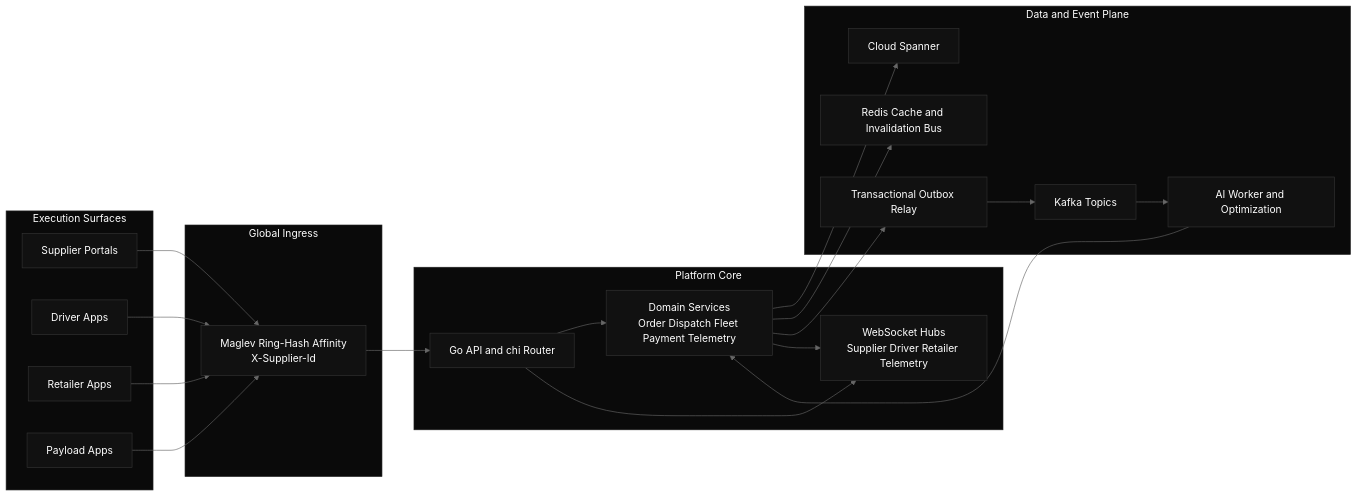
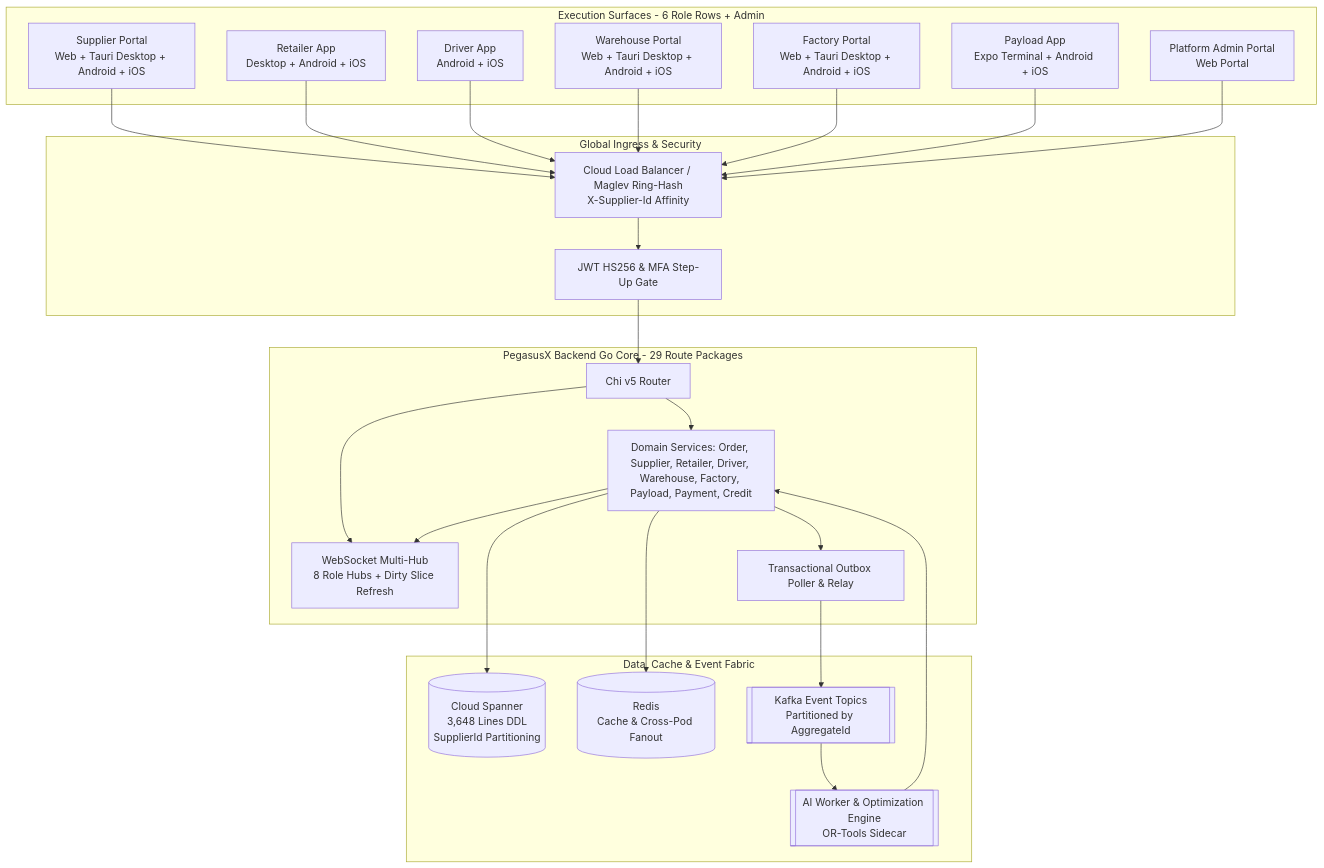
The first of 3 diagrams in README.md (CYBERSTALKER07/ATOMOS), drawn with Mermaid before and after one commit. The commit also changed other lines of this file and 463 other files, not shown here.

````diff
--- a/README.md
+++ b/README.md
@@ -79,44 +67,43 @@
 ```mermaid
-%%{init: {"theme":"base","themeVariables":{"darkMode":true,"background":"#000000","primaryColor":"#111111","primaryTextColor":"#FFFFFF","primaryBorderColor":"#333333","secondaryColor":"#111111","secondaryTextColor":"#FFFFFF","secondaryBorderColor":"#333333","tertiaryColor":"#111111","tertiaryTextColor":"#FFFFFF","tertiaryBorderColor":"#333333","lineColor":"#666666","textColor":"#FFFFFF","mainBkg":"#111111","nodeBorder":"#333333","clusterBkg":"#0A0A0A","clusterBorder":"#222222","titleColor":"#FFFFFF","edgeLabelBackground":"#111111","actorBkg":"#111111","actorBorder":"#333333","actorTextColor":"#FFFFFF","actorLineColor":"#666666","signalColor":"#666666","signalTextColor":"#FFFFFF","labelBoxBkgColor":"#111111","labelBoxBorderColor":"#333333","labelTextColor":"#FFFFFF","loopTextColor":"#FFFFFF","activationBkgColor":"#1A1A1A","activationBorderColor":"#333333","sequenceNumberColor":"#000000"},"themeCSS":".edgeLabel text,.label text,.stateLabel text,.messageText,.nodeLabel{fill:#FFFFFF !important;color:#FFFFFF !important;} rect,.actor,.note,.labelBox,.edgeLabel rect{stroke:#333333 !important;stroke-width:1px !important;rx:12px !important;ry:12px !important;} .edgeLabel rect{fill:#111111 !important;opacity:1 !important;} .cluster > rect{fill:#0A0A0A !important;stroke:#222222 !important;} .messageLine0,.messageLine1,.loopLine{stroke:#666666 !important;}"}}%%
-flowchart LR
-   subgraph Clients[Execution Surfaces]
-      SP[Supplier Portals]
-      DP[Driver Apps]
-      RP[Retailer Apps]
-      PP[Payload Apps]
+flowchart TD
+   subgraph Clients[Execution Surfaces - 6 Role Rows + Admin]
+      SP[Supplier Portal\nWeb + Tauri Desktop + Android + iOS]
+      RP[Retailer App\nDesktop + Android + iOS]
+      DP[Driver App\nAndroid + iOS]
+      WP[Warehouse Portal\nWeb + Tauri Desktop + Android + iOS]
+      FP[Factory Portal\nWeb + Tauri Desktop + Android + iOS]
+      PP[Payload App\nExpo Terminal + Android + iOS]
+      AP[Platform Admin Portal\nWeb Portal]
    end
 
-   subgraph Ingress[Global Ingress]
-      MAG[Maglev Ring-Hash Affinity\nX-Supplier-Id]
+   subgraph Ingress[Global Ingress & Security]
+      LB[Cloud Load Balancer / Maglev Ring-Hash\nX-Supplier-Id Affinity]
+      JWT[JWT HS256 & MFA Step-Up Gate]
    end
 
-   subgraph Core[Platform Core]
-      API[Go API and chi Router]
-      DOM[Domain Services\nOrder Dispatch Fleet Payment Telemetry]
-      HUB[WebSocket Hubs\nSupplier Driver Retailer Telemetry]
+   subgraph Backend[PegasusX Backend Go Core - 29 Route Packages]
+      CHI[Chi v5 Router]
+      DOM[Domain Services: Order, Supplier, Retailer, Driver, Warehouse, Factory, Payload, Payment, Credit]
+      WS[WebSocket Multi-Hub\n8 Role Hubs + Dirty Slice Refresh]
+      OUTBOX[Transactional Outbox Poller & Relay]
    end
 
-   subgraph Plane[Data and Event Plane]
-      SPN[Cloud Spanner]
-      RED[Redis Cache and Invalidation Bus]
-      KAF[Kafka Topics]
-      OBX[Transactional Outbox Relay]
-      AI[AI Worker and Optimization]
+   subgraph DataPlane[Data, Cache & Event Fabric]
+      SPN[(Cloud Spanner\n3,648 Lines DDL\nSupplierId Partitioning)]
+      RED[(Redis\nCache & Cross-Pod Fanout)]
+      KAF[[Kafka Event Topics\nPartitioned by AggregateId]]
+      AI[[AI Worker & Optimization Engine\nOR-Tools Sidecar]]
    end
 
-   SP --> MAG
-   DP --> MAG
-   RP --> MAG
-   PP --> MAG
-   MAG --> API
-
-   API --> DOM
-   API --> HUB
+   SP & RP & DP & WP & FP & PP & AP --> LB
+   LB --> JWT --> CHI
+   CHI --> DOM
+   CHI --> WS
    DOM --> SPN
    DOM --> RED
-   DOM --> OBX
-   OBX --> KAF
+   DOM --> OUTBOX
+   OUTBOX --> KAF
    KAF --> AI
    AI --> DOM
-   DOM --> HUB
+   DOM --> WS
 ```
````
